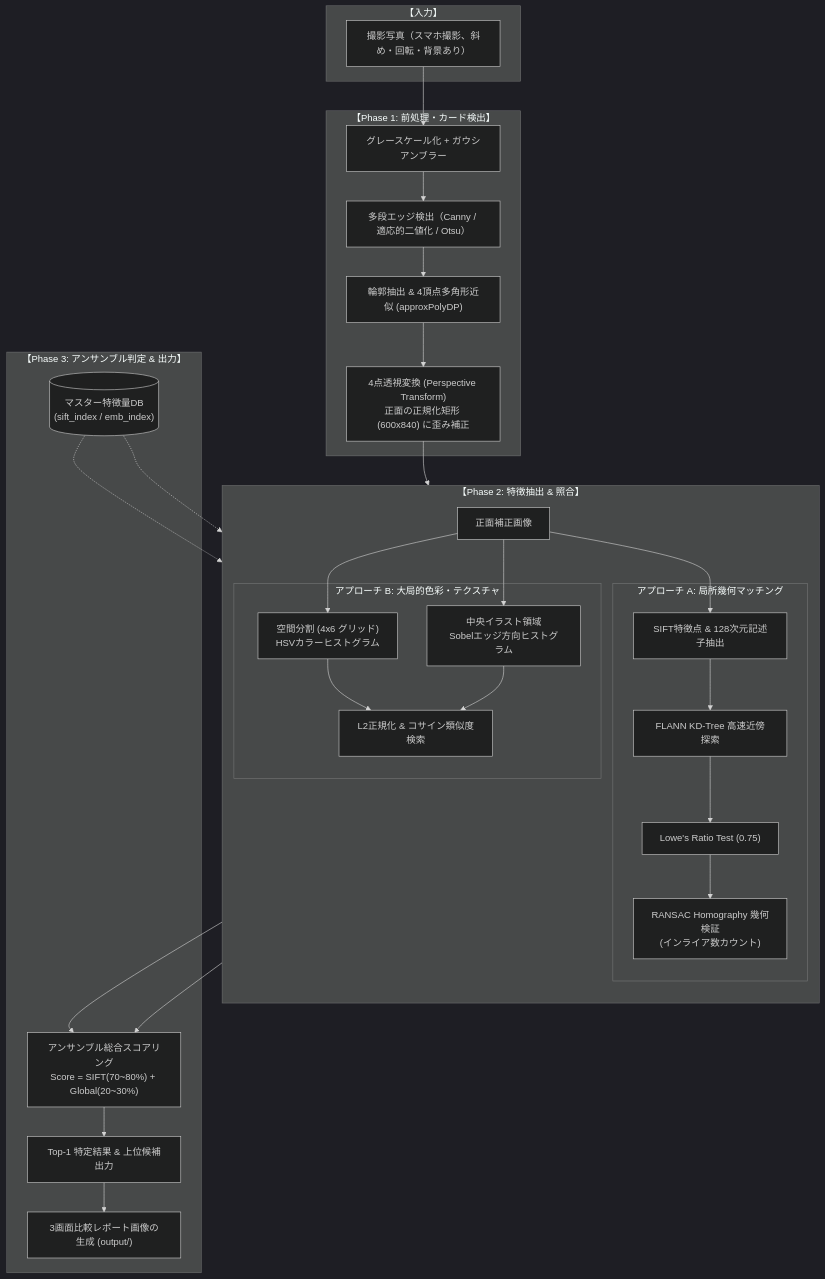
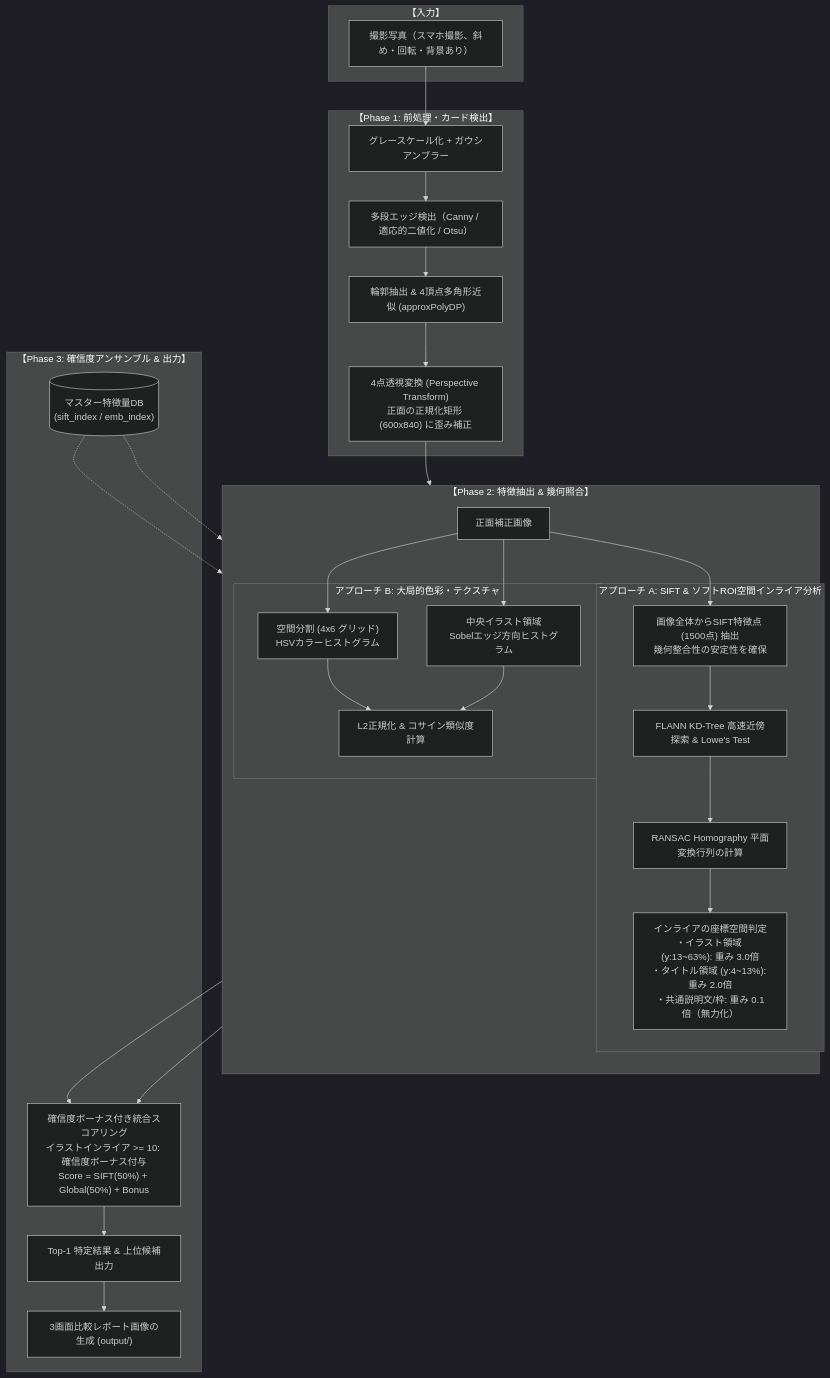
Before and after one commit to m-osabe/card-recognizer-proto: the diagram in docs/ALGORITHM_DESIGN.md, drawn with Mermaid (dark theme). The commit also changed other lines of this file and 12 other files, not shown here.

````diff
--- a/docs/ALGORITHM_DESIGN.md
+++ b/docs/ALGORITHM_DESIGN.md
@@ -53,55 +54,55 @@
 ```mermaid
 flowchart TD
     subgraph Input ["【入力】"]
         Photo["撮影写真（スマホ撮影、斜め・回転・背景あり）"]
     end
 
     subgraph Phase1 ["【Phase 1: 前処理・カード検出】"]
         Gray["グレースケール化 + ガウシアンブラー"]
         Edge["多段エッジ検出（Canny / 適応的二値化 / Otsu）"]
         Contour["輪郭抽出 & 4頂点多角形近似 (approxPolyDP)"]
         Warp["4点透視変換 (Perspective Transform)<br/>正面の正規化矩形 (600x840) に歪み補正"]
         
         Photo --> Gray --> Edge --> Contour --> Warp
     end
 
-    subgraph Phase2 ["【Phase 2: 特徴抽出 & 照合】"]
+    subgraph Phase2 ["【Phase 2: 特徴抽出 & 幾何照合】"]
         direction TB
         WarpCard["正面補正画像"]
         Warp --> WarpCard
 
-        subgraph BranchA ["アプローチ A: 局所幾何マッチング"]
-            SIFT["SIFT特徴点 & 128次元記述子抽出"]
-            FLANN["FLANN KD-Tree 高速近傍探索"]
-            Lowe["Lowe's Ratio Test (0.75)"]
-            RANSAC["RANSAC Homography 幾何検証<br/>(インライア数カウント)"]
-            SIFT --> FLANN --> Lowe --> RANSAC
+        subgraph BranchA ["アプローチ A: SIFT & ソフトROI空間インライア分析"]
+            SIFT["画像全体からSIFT特徴点 (1500点) 抽出<br/>幾何整合性の安定性を確保"]
+            FLANN["FLANN KD-Tree 高速近傍探索 & Lowe's Test"]
+            RANSAC["RANSAC Homography 平面変換行列の計算"]
+            SpatialCheck["インライアの座標空間判定<br/>・イラスト領域 (y:13~63%): 重み 3.0倍<br/>・タイトル領域 (y:4~13%): 重み 2.0倍<br/>・共通説明文/枠: 重み 0.1倍（無力化）"]
+            SIFT --> FLANN --> RANSAC --> SpatialCheck
         end
 
         subgraph BranchB ["アプローチ B: 大局的色彩・テクスチャ"]
             GridHSV["空間分割 (4x6 グリッド)<br/>HSVカラーヒストグラム"]
             Sobel["中央イラスト領域<br/>Sobelエッジ方向ヒストグラム"]
-            Cosine["L2正規化 & コサイン類似度検索"]
+            Cosine["L2正規化 & コサイン類似度計算"]
             GridHSV --> Cosine
             Sobel --> Cosine
         end
 
         WarpCard --> SIFT
         WarpCard --> GridHSV
         WarpCard --> Sobel
     end
 
-    subgraph Phase3 ["【Phase 3: アンサンブル判定 & 出力】"]
+    subgraph Phase3 ["【Phase 3: 確信度アンサンブル & 出力】"]
         MasterDB[("マスター特徴量DB<br/>(sift_index / emb_index)")]
         MasterDB -.-> RANSAC
         MasterDB -.-> Cosine
 
-        Ensemble["アンサンブル総合スコアリング<br/>Score = SIFT(70~80%) + Global(20~30%)"]
+        Ensemble["確信度ボーナス付き統合スコアリング<br/>イラストインライア >= 10: 確信度ボーナス付与<br/>Score = SIFT(50%) + Global(50%) + Bonus"]
         TopK["Top-1 特定結果 & 上位候補出力"]
         VisualReport["3画面比較レポート画像の生成 (output/)"]
 
-        RANSAC --> Ensemble
+        SpatialCheck --> Ensemble
         Cosine --> Ensemble
         Ensemble --> TopK --> VisualReport
     end
 ```
````
